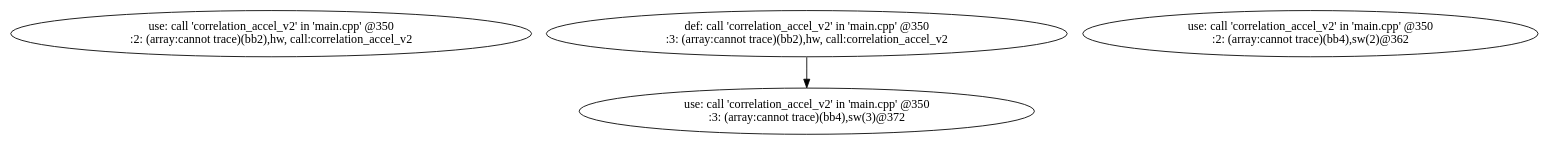
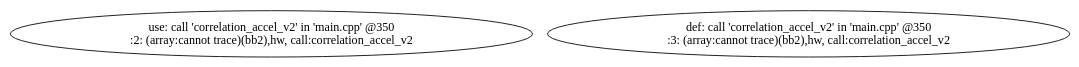
Before and after one commit to nguyencanhtrung/SDSoC: the diagram in workspace/correlation_ver2_axis/correlation_axis_ver2/SDRelease/_sds/.llvm/_px_defuse_main.dot, drawn with Graphviz. The commit also changed 716 other files, not shown here.

```diff
--- a/workspace/correlation_ver2_axis/correlation_axis_ver2/SDRelease/_sds/.llvm/_px_defuse_main.dot
+++ b/workspace/correlation_ver2_axis/correlation_axis_ver2/SDRelease/_sds/.llvm/_px_defuse_main.dot
@@ -1,7 +1,4 @@
 digraph defuse_graph {
 v0 [label = "use: call 'correlation_accel_v2' in 'main.cpp' @350\n:2: (array:cannot trace)(bb2),hw, call:correlation_accel_v2"];
 v1 [label = "def: call 'correlation_accel_v2' in 'main.cpp' @350\n:3: (array:cannot trace)(bb2),hw, call:correlation_accel_v2"];
-v2 [label = "use: call 'correlation_accel_v2' in 'main.cpp' @350\n:2: (array:cannot trace)(bb4),sw(2)@362"];
-v3 [label = "use: call 'correlation_accel_v2' in 'main.cpp' @350\n:3: (array:cannot trace)(bb4),sw(3)@372"];
-v1 -> v3;
 }
```
